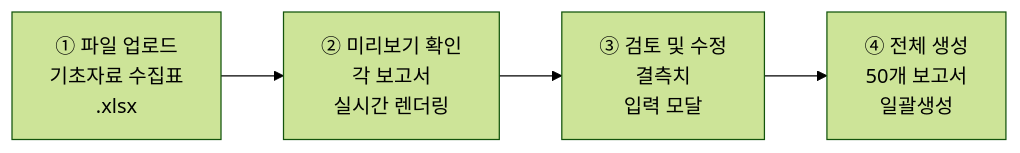
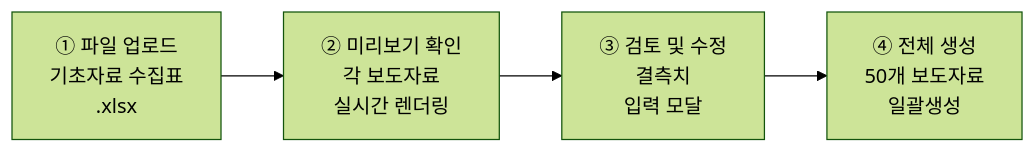
The second of 4 diagrams in docs/PROJECT_STUDY_GUIDE.md (rattopos/capstone), drawn with Mermaid (forest theme) before and after one commit. The commit also changed other lines of this file and 89 other files, not shown here.

````diff
--- a/docs/PROJECT_STUDY_GUIDE.md
+++ b/docs/PROJECT_STUDY_GUIDE.md
@@ -219,6 +219,6 @@
 ```mermaid
 flowchart LR
-    A[① 파일 업로드<br/>기초자료 수집표<br/>.xlsx] --> B[② 미리보기 확인<br/>각 보고서<br/>실시간 렌더링]
+    A[① 파일 업로드<br/>기초자료 수집표<br/>.xlsx] --> B[② 미리보기 확인<br/>각 보도자료<br/>실시간 렌더링]
     B --> C[③ 검토 및 수정<br/>결측치<br/>입력 모달]
-    C --> D[④ 전체 생성<br/>50개 보고서<br/>일괄생성]
+    C --> D[④ 전체 생성<br/>50개 보도자료<br/>일괄생성]
 ```
````
